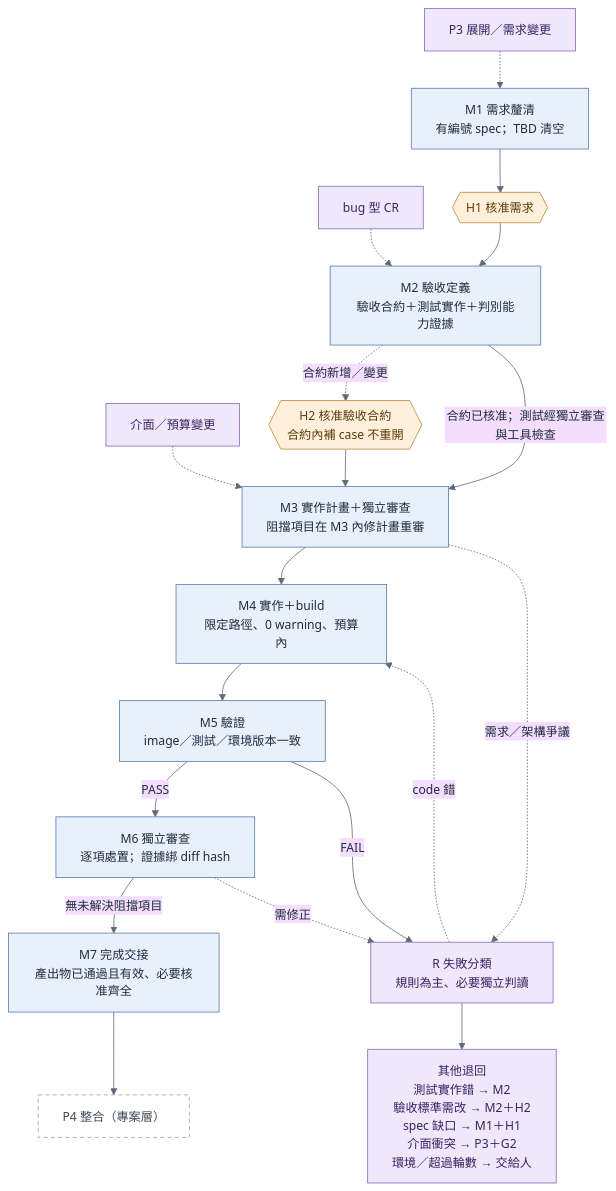
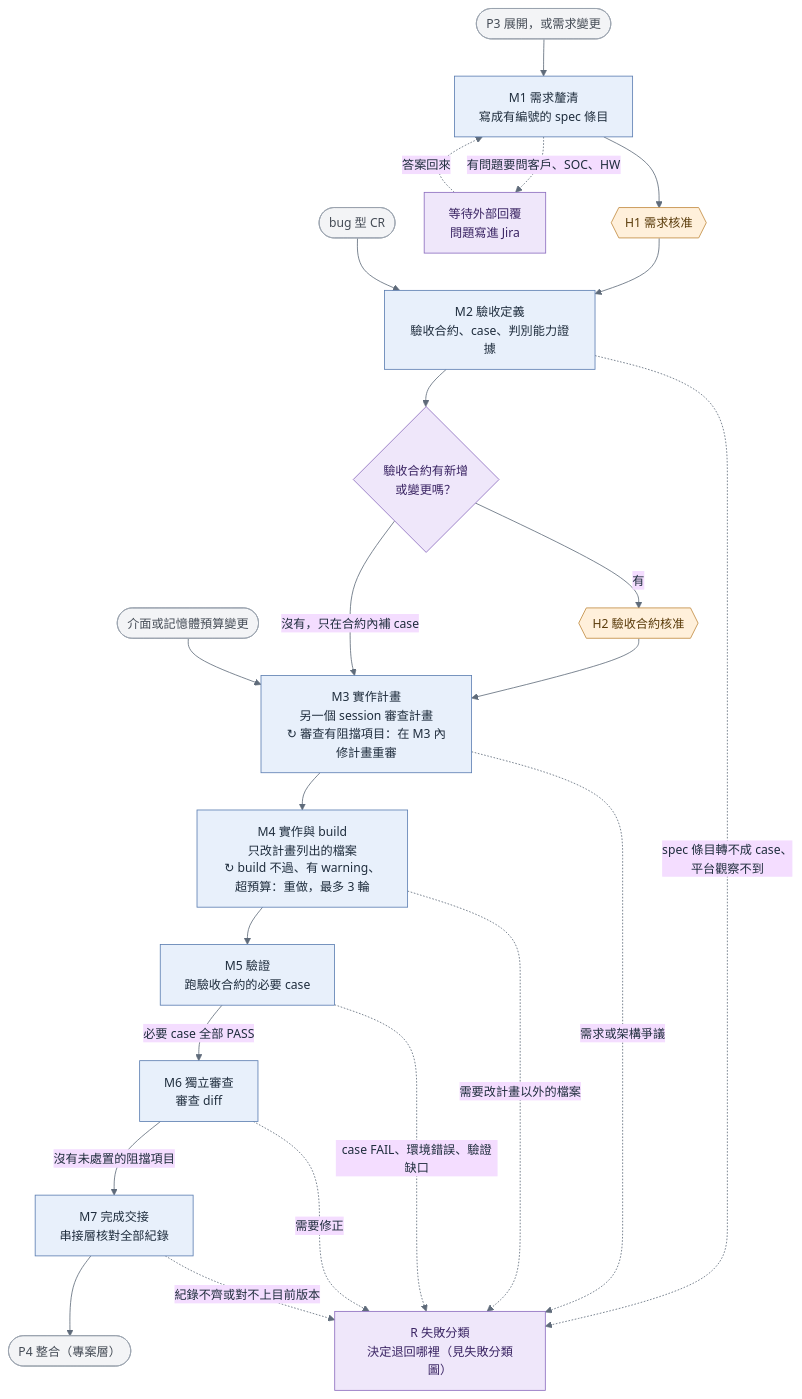
The diagram in diagrams/glados_module_flow.mmd (kevintsou/glados), drawn with Mermaid before and after one commit. The commit also changed 16 other files, not shown here.

First line of the commit message:
docs: redraw all GLADOS diagrams and align them with the spec text

```diff
--- a/diagrams/glados_module_flow.mmd
+++ b/diagrams/glados_module_flow.mmd
@@ -1,24 +1,43 @@
 %%{init: {"theme":"base","themeVariables":{"fontSize":"15px","lineColor":"#5F6B7A","primaryTextColor":"#1F2D3D"},"flowchart":{"curve":"basis","nodeSpacing":36,"rankSpacing":46,"htmlLabels":true}}}%%
 flowchart TD
-  IN1["P3 展開／需求變更"]:::route -.-> M1
-  IN2["bug 型 CR"]:::route -.-> M2
-  IN3["介面／預算變更"]:::route -.-> M3
-  M1["M1 需求釐清<br/>有編號 spec；TBD 清空"]:::exec --> H1{{"H1 核准需求"}}:::human
-  H1 --> M2["M2 驗收定義<br/>驗收合約＋測試實作＋判別能力證據"]:::exec
-  M2 -. "合約新增／變更" .-> H2{{"H2 核准驗收合約<br/>合約內補 case 不重開"}}:::human
-  H2 --> M3
-  M2 -->|"合約已核准；測試經獨立審查與工具檢查"| M3["M3 實作計畫＋獨立審查<br/>阻擋項目在 M3 內修計畫重審"]:::exec
-  M3 --> M4["M4 實作＋build<br/>限定路徑、0 warning、預算內"]:::exec
-  M4 --> M5["M5 驗證<br/>image／測試／環境版本一致"]:::exec
-  M5 -->|PASS| M6["M6 獨立審查<br/>逐項處置；證據綁 diff hash"]:::exec
-  M6 -->|"無未解決阻擋項目"| M7["M7 完成交接<br/>產出物已通過且有效、必要核准齊全"]:::exec
-  M7 --> P4["P4 整合（專案層）"]:::note
-  M5 -->|FAIL| R["R 失敗分類<br/>規則為主、必要獨立判讀"]:::route
-  M6 -. "需修正" .-> R
-  M3 -. "需求／架構爭議" .-> R
-  R -. "code 錯" .-> M4
-  R --> OTHER["其他退回<br/>測試實作錯 → M2<br/>驗收標準需改 → M2＋H2<br/>spec 缺口 → M1＋H1<br/>介面衝突 → P3＋G2<br/>環境／超過輪數 → 交給人"]:::route
+  IN1(["P3 展開，或需求變更"]):::ext
+  IN2(["bug 型 CR"]):::ext
+  IN3(["介面或記憶體預算變更"]):::ext
+  M1["M1 需求釐清<br/>寫成有編號的 spec 條目"]:::exec
+  WAIT["等待外部回覆<br/>問題寫進 Jira"]:::route
+  H1{{"H1 需求核准"}}:::human
+  M2["M2 驗收定義<br/>驗收合約、case、判別能力證據"]:::exec
+  Q2{"驗收合約有新增<br/>或變更嗎？"}:::route
+  H2{{"H2 驗收合約核准"}}:::human
+  M3["M3 實作計畫<br/>另一個 session 審查計畫<br/>↻ 審查有阻擋項目：在 M3 內修計畫重審"]:::exec
+  M4["M4 實作與 build<br/>只改計畫列出的檔案<br/>↻ build 不過、有 warning、超預算：重做，最多 3 輪"]:::exec
+  M5["M5 驗證<br/>跑驗收合約的必要 case"]:::exec
+  M6["M6 獨立審查<br/>審查 diff"]:::exec
+  M7["M7 完成交接<br/>串接層核對全部紀錄"]:::exec
+  P4(["P4 整合（專案層）"]):::ext
+  R["R 失敗分類<br/>決定退回哪裡（見失敗分類圖）"]:::route
+  IN1 --> M1
+  M1 -. "有問題要問客戶、SOC、HW" .-> WAIT
+  WAIT -. "答案回來" .-> M1
+  M1 --> H1 --> M2
+  IN2 --> M2
+  M2 --> Q2
+  Q2 -->|"有"| H2 --> M3
+  Q2 -->|"沒有，只在合約內補 case"| M3
+  IN3 --> M3
+  M3 --> M4
+  M4 --> M5
+  M5 -->|"必要 case 全部 PASS"| M6
+  M6 -->|"沒有未處置的阻擋項目"| M7
+  M7 --> P4
+  M2 -. "spec 條目轉不成 case、<br/>平台觀察不到" .-> R
+  M3 -. "需求或架構爭議" .-> R
+  M4 -. "需要改計畫以外的檔案" .-> R
+  M5 -. "case FAIL、環境錯誤、驗證缺口" .-> R
+  M6 -. "需要修正" .-> R
+  M7 -. "紀錄不齊或對不上目前版本" .-> R
   classDef exec fill:#E8F0FB,stroke:#5B7DB1,color:#1F2D3D;
   classDef human fill:#FFF0DB,stroke:#C08A3E,color:#5A3B0A;
   classDef route fill:#EFE7FA,stroke:#8A6BBE,color:#3A2463;
-  classDef note fill:#FFFFFF,stroke:#9AA3AE,stroke-dasharray:5 4,color:#444B55;
+  classDef store fill:#E6F4EA,stroke:#4E9A6A,color:#1E4D2B;
+  classDef ext fill:#F3F4F6,stroke:#9AA3AE,color:#444B55;
```
